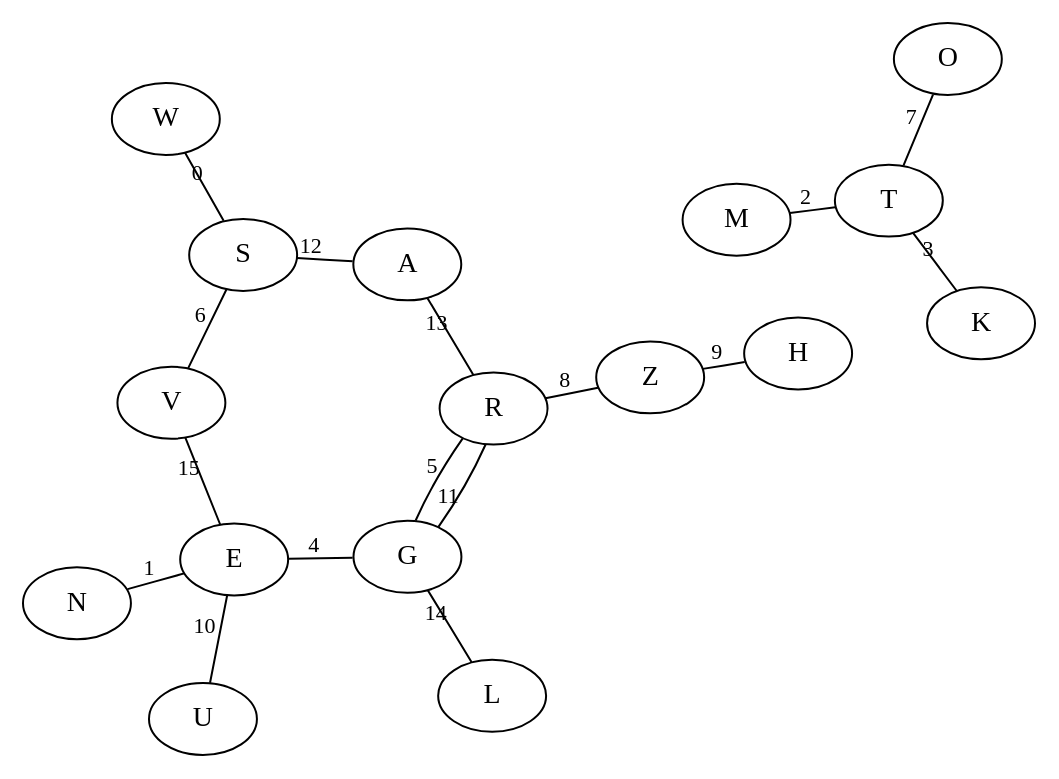
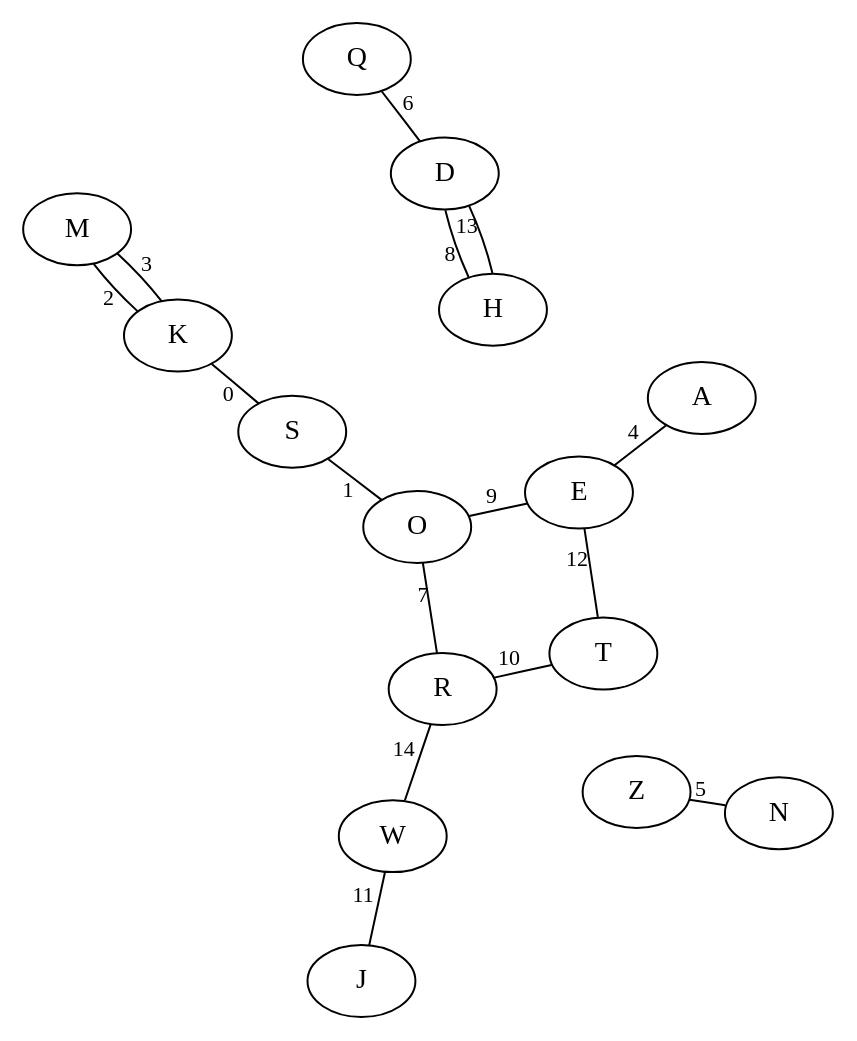
Before and after one commit to UPEV1sion/Enigma: the diagram in enigma_c/src/data/crib_cipher_cycle.dot, drawn with Graphviz. The commit also changed 4 other files, not shown here.

```diff
--- a/enigma_c/src/data/crib_cipher_cycle.dot
+++ b/enigma_c/src/data/crib_cipher_cycle.dot
@@ -1,20 +1,19 @@
 graph G {
 	layout=neato;
 	edge [fontsize=11];
-	"S" -- "W" [label="0"];
-	"N" -- "E" [label="1"];
-	"M" -- "T" [label="2"];
-	"K" -- "T" [label="3"];
-	"G" -- "E" [label="4"];
-	"G" -- "R" [label="5"];
-	"S" -- "V" [label="6"];
-	"T" -- "O" [label="7"];
-	"Z" -- "R" [label="8"];
-	"Z" -- "H" [label="9"];
-	"U" -- "E" [label="10"];
-	"G" -- "R" [label="11"];
-	"A" -- "S" [label="12"];
-	"R" -- "A" [label="13"];
-	"L" -- "G" [label="14"];
-	"V" -- "E" [label="15"];
+	"S" -- "K" [label="0"];
+	"S" -- "O" [label="1"];
+	"K" -- "M" [label="2"];
+	"K" -- "M" [label="3"];
+	"E" -- "A" [label="4"];
+	"Z" -- "N" [label="5"];
+	"Q" -- "D" [label="6"];
+	"R" -- "O" [label="7"];
+	"H" -- "D" [label="8"];
+	"O" -- "E" [label="9"];
+	"T" -- "R" [label="10"];
+	"J" -- "W" [label="11"];
+	"T" -- "E" [label="12"];
+	"D" -- "H" [label="13"];
+	"W" -- "R" [label="14"];
 }
```
